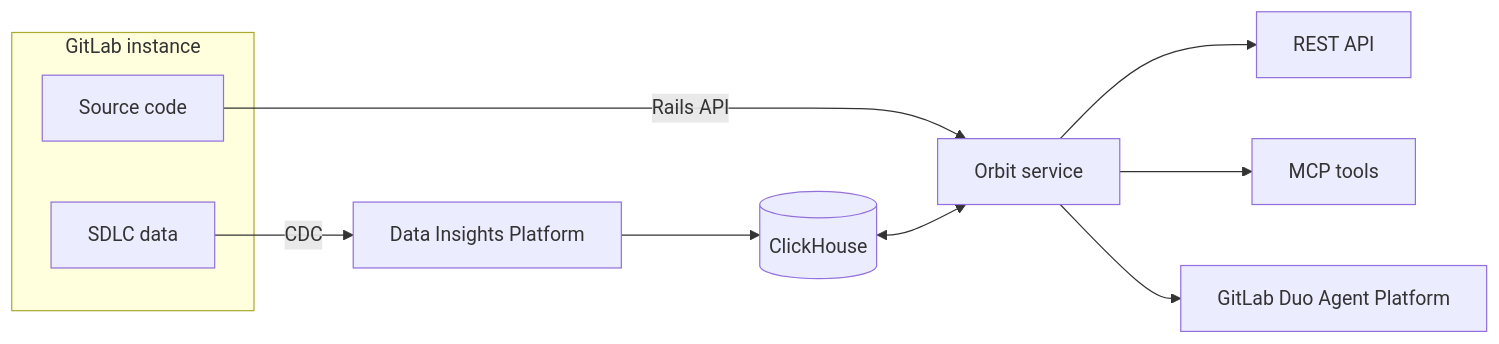
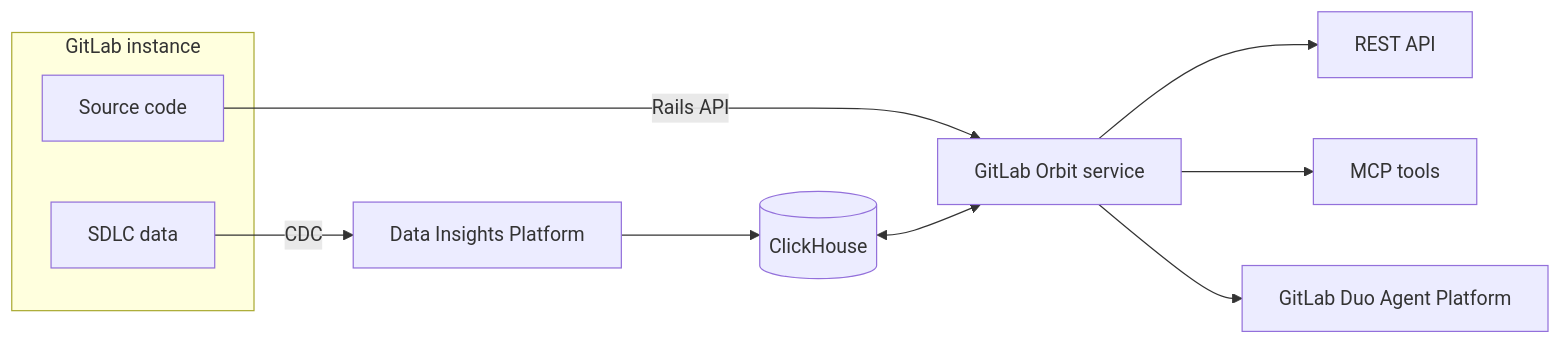
The first of 2 diagrams in docs/source/_index.md (fork-the-planet/gitlabhq___orbit-knowledge-graph), drawn with Mermaid before and after one commit. The commit also changed other lines of this file and 23 other files, not shown here.

Commit message:
docs: replace standalone "Orbit" with "GitLab Orbit" in docs/source

````diff
--- a/docs/source/_index.md
+++ b/docs/source/_index.md
@@ -53,19 +53,19 @@
 ```mermaid
 flowchart LR
-    accTitle: Orbit Remote architecture
-    accDescr: SDLC data streams from GitLab via CDC to the Data Insights Platform, then to ClickHouse. Code is served over the Rails internal API. Orbit reads both sources, builds the graph in ClickHouse, and exposes it via REST API, MCP tools, and GitLab Duo Agent Platform.
+    accTitle: GitLab Orbit Remote architecture
+    accDescr: SDLC data streams from GitLab via CDC to the Data Insights Platform, then to ClickHouse. Code is served over the Rails internal API. GitLab Orbit reads both sources, builds the graph in ClickHouse, and exposes it via REST API, MCP tools, and GitLab Duo Agent Platform.
 
     subgraph GitLab["GitLab instance"]
         SDLC[SDLC data]
         Code[Source code]
     end
 
     SDLC -- CDC --> DIP[Data Insights Platform]
     DIP --> CH[(ClickHouse)]
-    Code -- Rails API --> Orbit[Orbit service]
+    Code -- Rails API --> Orbit[GitLab Orbit service]
     CH <--> Orbit
 
     Orbit --> REST[REST API]
     Orbit --> MCP[MCP tools]
     Orbit --> DAP[GitLab Duo Agent Platform]
 ```
````
